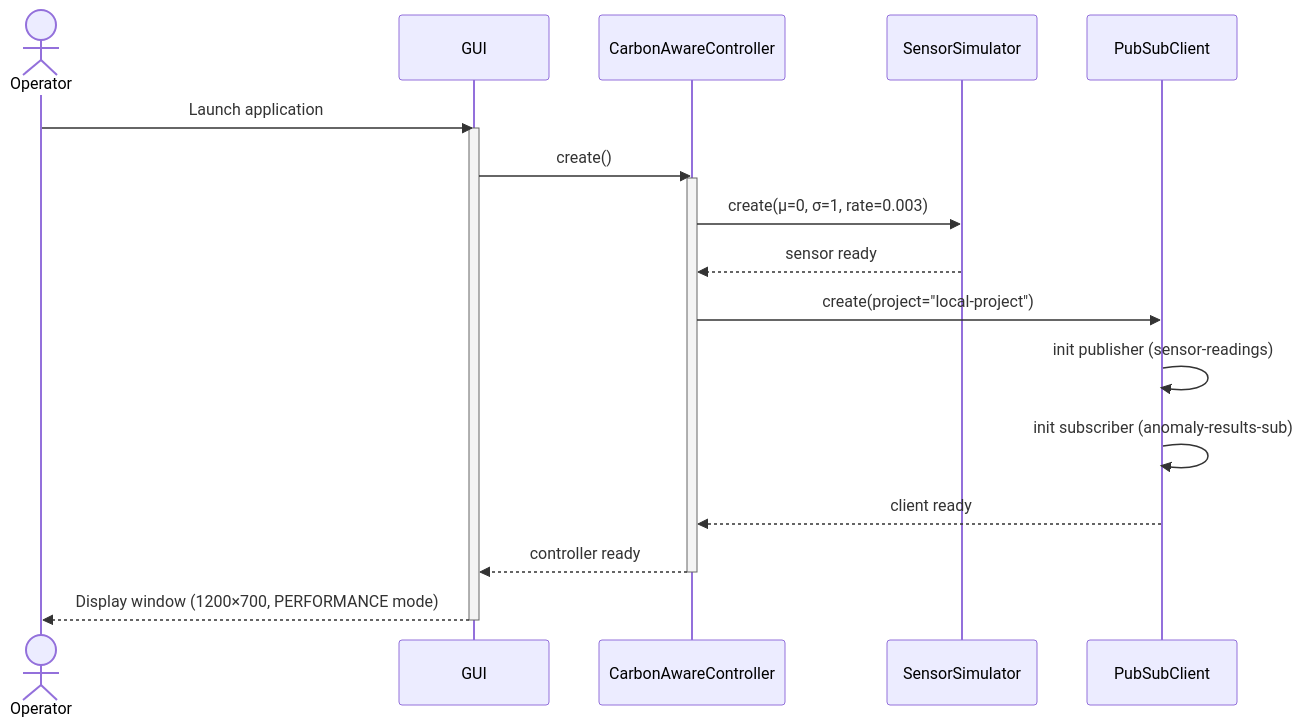
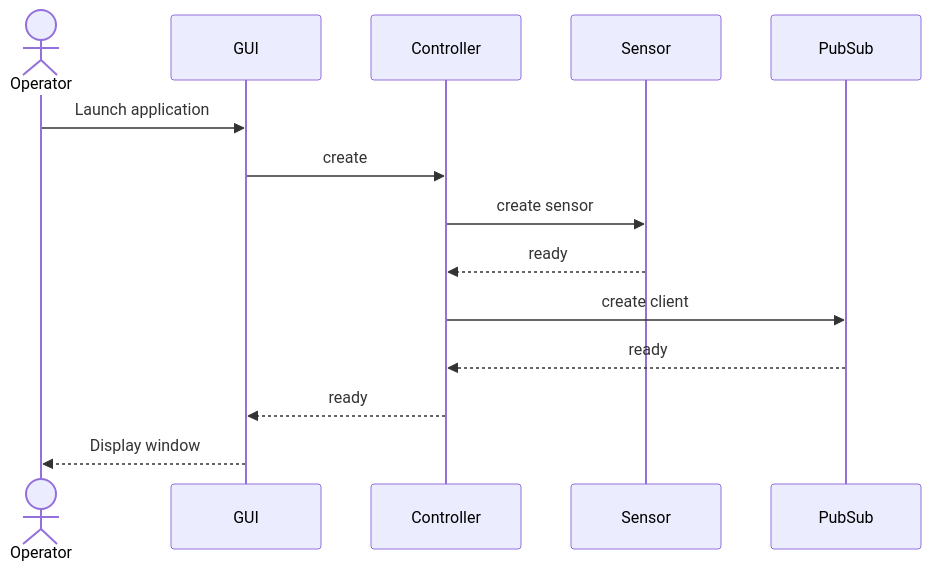
One commit to Taki224/AI-Architecture-and-Cloud-Computing-Final-Project changed the first of 5 diagrams in plans/sequence.md. Above: the diagram before and after it, drawn with Mermaid. The commit also changed other lines of this file and 3 other files, not shown here.

Commit message:
refactor: Update sequence diagrams for clarity and consistency

````diff
--- a/plans/sequence.md
+++ b/plans/sequence.md
@@ -9,23 +9,17 @@
 ```mermaid
 sequenceDiagram
     actor Operator
-    participant GUI as GUI
-    participant Controller as CarbonAwareController
-    participant Sensor as SensorSimulator
-    participant PubSub as PubSubClient
+    participant GUI
+    participant Controller
+    participant Sensor
+    participant PubSub
 
     Operator->>GUI: Launch application
-    activate GUI
-    GUI->>Controller: create()
-    activate Controller
-    Controller->>Sensor: create(μ=0, σ=1, rate=0.003)
-    Sensor-->>Controller: sensor ready
-    Controller->>PubSub: create(project="local-project")
-    PubSub->>PubSub: init publisher (sensor-readings)
-    PubSub->>PubSub: init subscriber (anomaly-results-sub)
-    PubSub-->>Controller: client ready
-    Controller-->>GUI: controller ready
-    deactivate Controller
-    GUI-->>Operator: Display window (1200×700, PERFORMANCE mode)
-    deactivate GUI
+    GUI->>Controller: create
+    Controller->>Sensor: create sensor
+    Sensor-->>Controller: ready
+    Controller->>PubSub: create client
+    PubSub-->>Controller: ready
+    Controller-->>GUI: ready
+    GUI-->>Operator: Display window
 ```
````
